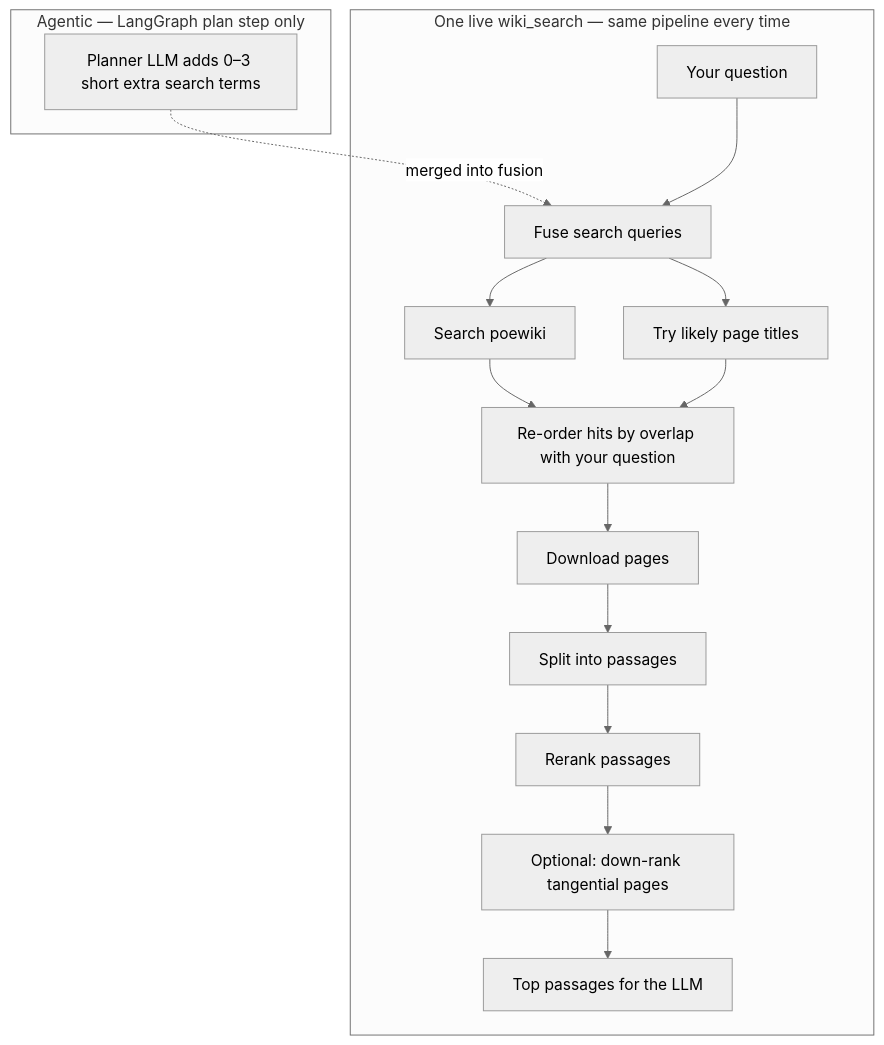
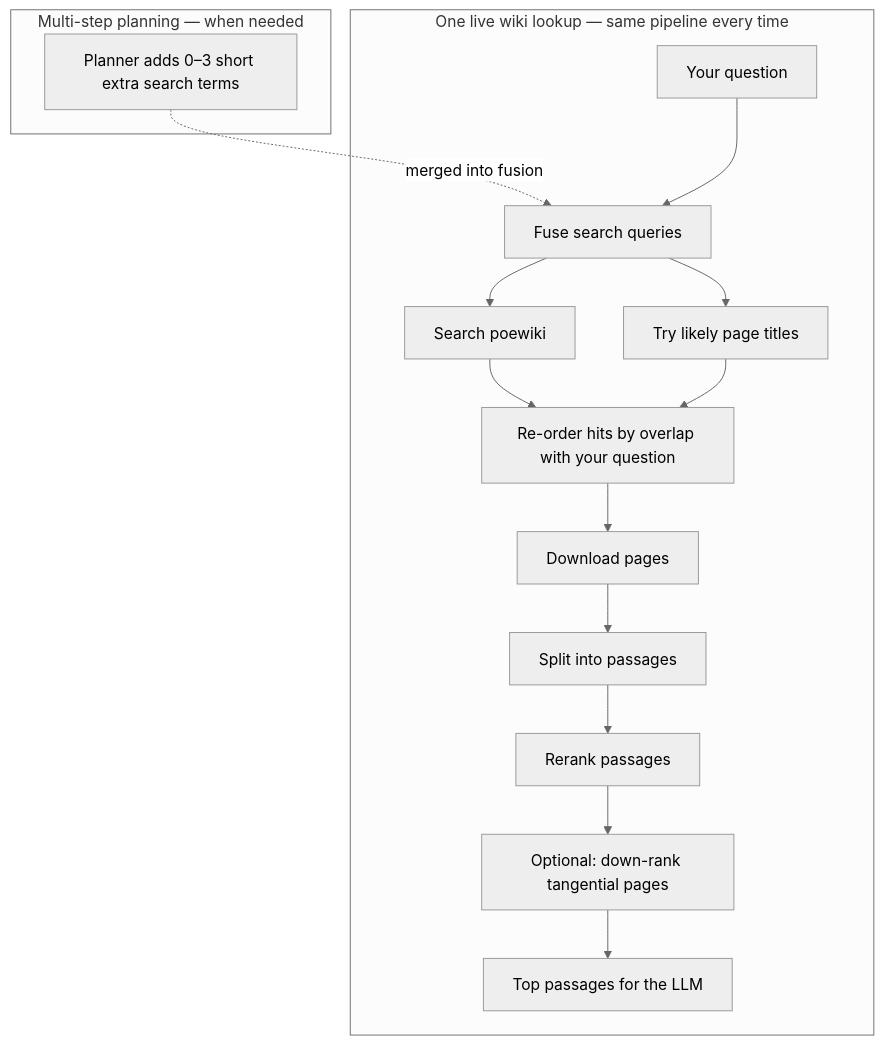
Before and after one commit to cent664/Siosa: the diagram in docs/ARCHITECTURE.md, drawn with Mermaid (neutral theme). The commit also changed other lines of this file and 12 other files, not shown here.

First line of the commit message:
Split visitor Architecture docs from developer README.

````diff
--- a/docs/ARCHITECTURE.md
+++ b/docs/ARCHITECTURE.md
@@ -17,25 +13,25 @@
 ```mermaid
 flowchart TB
-  subgraph agentic["Agentic — LangGraph plan step only"]
-    PL[Planner LLM adds 0–3 short extra search terms]
+  subgraph agentic["Multi-step planning — when needed"]
+    PL[Planner adds 0–3 short extra search terms]
   end
-  subgraph pass["One live wiki_search — same pipeline every time"]
+  subgraph pass["One live wiki lookup — same pipeline every time"]
     Q[Your question]
     F[Fuse search queries]
     S[Search poewiki]
     T[Try likely page titles]
     O[Re-order hits by overlap with your question]
     DL[Download pages]
     C[Split into passages]
     RR[Rerank passages]
     FT[Optional: down-rank tangential pages]
     OUT[Top passages for the LLM]
   end
   PL -.->|merged into fusion| F
   Q --> F
   F --> S
   F --> T
   S --> O
   T --> O
   O --> DL --> C --> RR --> FT --> OUT
 ```
````
